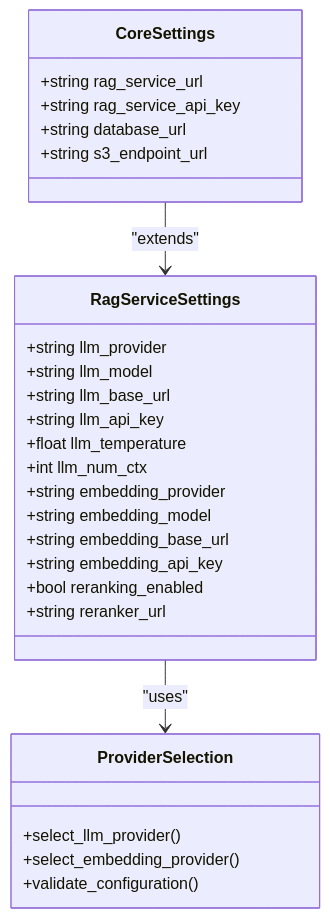
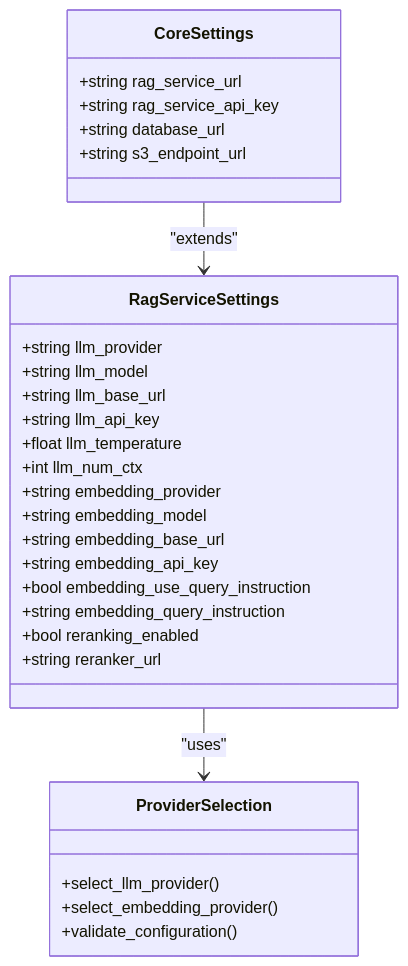
The second of 8 diagrams in .qoder/repowiki/en/content/Configuration Management/LLM Providers Configuration.md (ognelis/cafetera_hr_bot), drawn with Mermaid before and after one commit. The commit also changed other lines of this file and 10 other files, not shown here.

````diff
--- a/.qoder/repowiki/en/content/Configuration Management/LLM Providers Configuration.md
+++ b/.qoder/repowiki/en/content/Configuration Management/LLM Providers Configuration.md
@@ -89,30 +102,32 @@
 ```mermaid
 classDiagram
 class RagServiceSettings {
 +string llm_provider
 +string llm_model
 +string llm_base_url
 +string llm_api_key
 +float llm_temperature
 +int llm_num_ctx
 +string embedding_provider
 +string embedding_model
 +string embedding_base_url
 +string embedding_api_key
++bool embedding_use_query_instruction
++string embedding_query_instruction
 +bool reranking_enabled
 +string reranker_url
 }
 class CoreSettings {
 +string rag_service_url
 +string rag_service_api_key
 +string database_url
 +string s3_endpoint_url
 }
 class ProviderSelection {
 +select_llm_provider()
 +select_embedding_provider()
 +validate_configuration()
 }
 RagServiceSettings --> ProviderSelection : "uses"
 CoreSettings --> RagServiceSettings : "extends"
 ```
````
